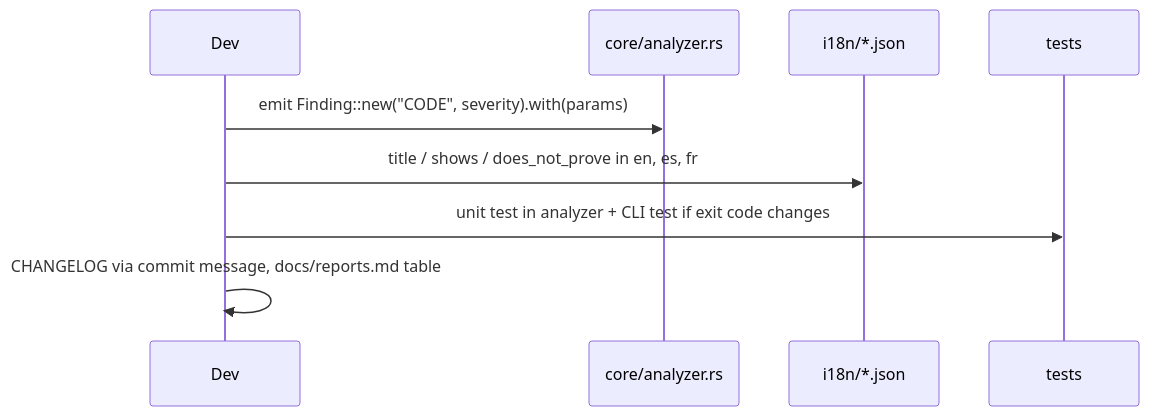
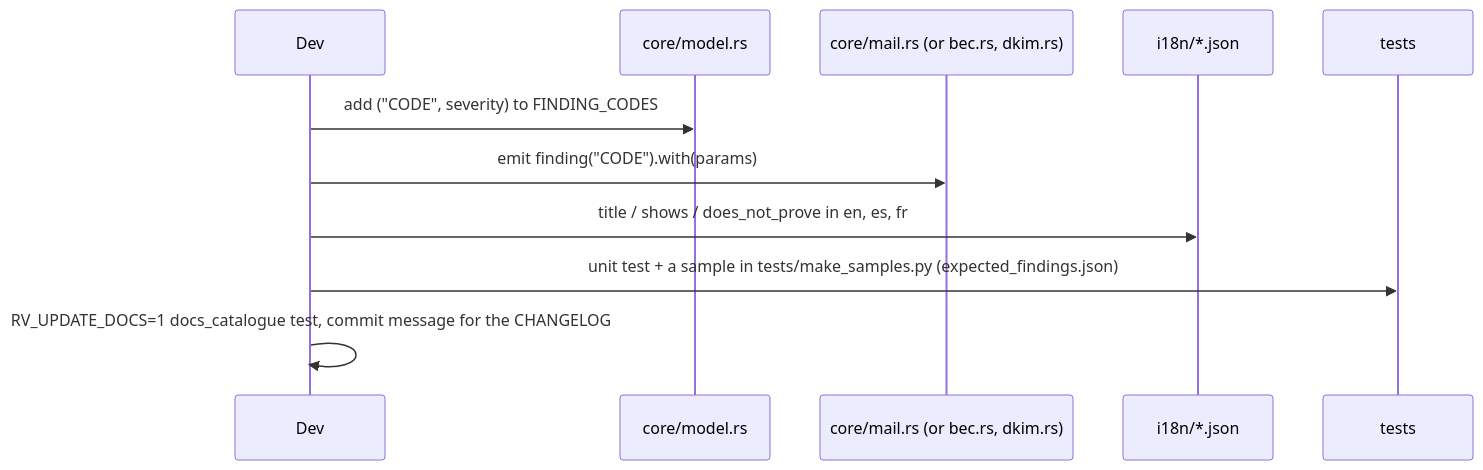
Before and after one commit to Panacota96/rv-mailauth: the second of 2 diagrams in CONTRIBUTING.md, drawn with Mermaid. The commit also changed other lines of this file and 101 other files, not shown here.

First line of the commit message:
feat: RV MailAuth v0.1 — email authenticity signals (core, CLI, GUI, docs) (#3)

````diff
--- a/CONTRIBUTING.md
+++ b/CONTRIBUTING.md
@@ -53,11 +61,13 @@
 ```mermaid
 sequenceDiagram
     participant Dev
-    participant analyzer as core/analyzer.rs
+    participant model as core/model.rs
+    participant mail as core/mail.rs (or bec.rs, dkim.rs)
     participant i18n as i18n/*.json
     participant tests
-    Dev->>analyzer: emit Finding::new("CODE", severity).with(params)
+    Dev->>model: add ("CODE", severity) to FINDING_CODES
+    Dev->>mail: emit finding("CODE").with(params)
     Dev->>i18n: title / shows / does_not_prove in en, es, fr
-    Dev->>tests: unit test in analyzer + CLI test if exit code changes
-    Dev->>Dev: CHANGELOG via commit message, docs/reports.md table
+    Dev->>tests: unit test + a sample in tests/make_samples.py (expected_findings.json)
+    Dev->>Dev: RV_UPDATE_DOCS=1 docs_catalogue test, commit message for the CHANGELOG
 ```
````
